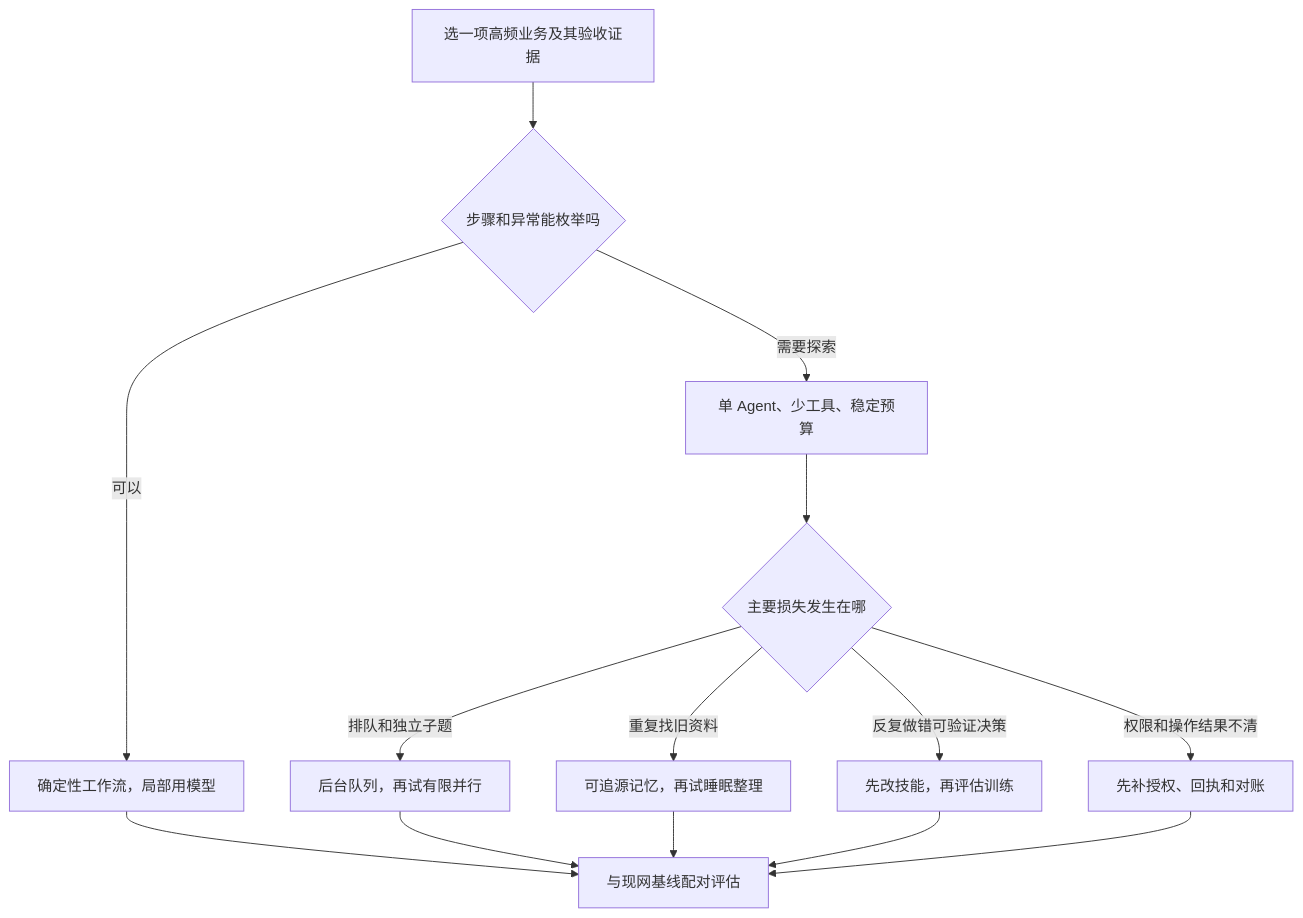
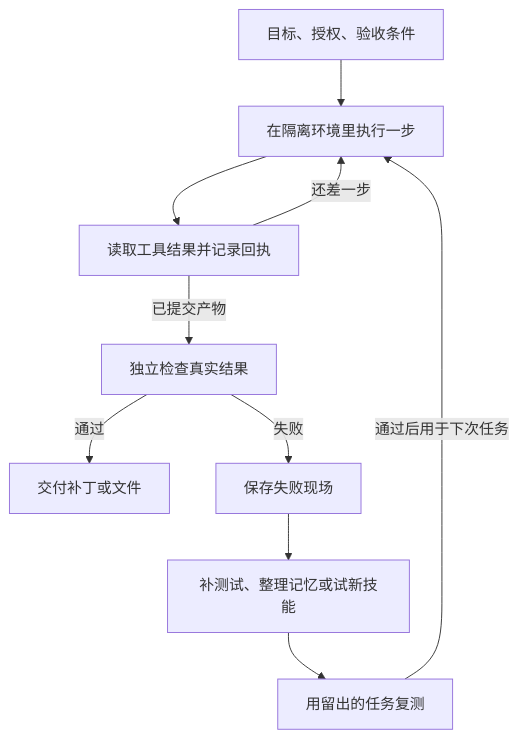
The diagram in 10-frontier-trends-2026-and-interview-playbook/01-2026-frontier-tech-radar.md (echonoshy/agent-engineering-handbook), drawn with Mermaid before and after one commit. The commit also changed other lines of this file and 21 other files, not shown here.

````diff
--- a/10-frontier-trends-2026-and-interview-playbook/01-2026-frontier-tech-radar.md
+++ b/10-frontier-trends-2026-and-interview-playbook/01-2026-frontier-tech-radar.md
@@ -219,16 +9,12 @@
 ```mermaid
 flowchart TD
-    A["选一项高频业务及其验收证据"] --> B{"步骤和异常能枚举吗"}
-    B -->|"可以"| C["确定性工作流，局部用模型"]
-    B -->|"需要探索"| D["单 Agent、少工具、稳定预算"]
-    D --> E{"主要损失发生在哪"}
-    E -->|"排队和独立子题"| F["后台队列，再试有限并行"]
-    E -->|"重复找旧资料"| G["可追源记忆，再试睡眠整理"]
-    E -->|"反复做错可验证决策"| H["先改技能，再评估训练"]
-    E -->|"权限和操作结果不清"| I["先补授权、回执和对账"]
-    C --> J["与现网基线配对评估"]
-    F --> J
-    G --> J
-    H --> J
-    I --> J
+    A["目标、授权、验收条件"] --> B["在隔离环境里执行一步"]
+    B --> C["读取工具结果并记录回执"]
+    C -->|"还差一步"| B
+    C -->|"已提交产物"| D["独立检查真实结果"]
+    D -->|"通过"| E["交付补丁或文件"]
+    D -->|"失败"| F["保存失败现场"]
+    F --> G["补测试、整理记忆或试新技能"]
+    G --> H["用留出的任务复测"]
+    H -->|"通过后用于下次任务"| B
 ```
````
